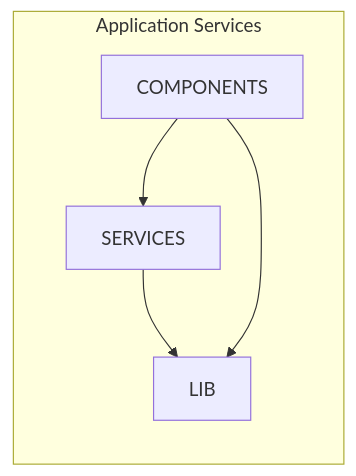
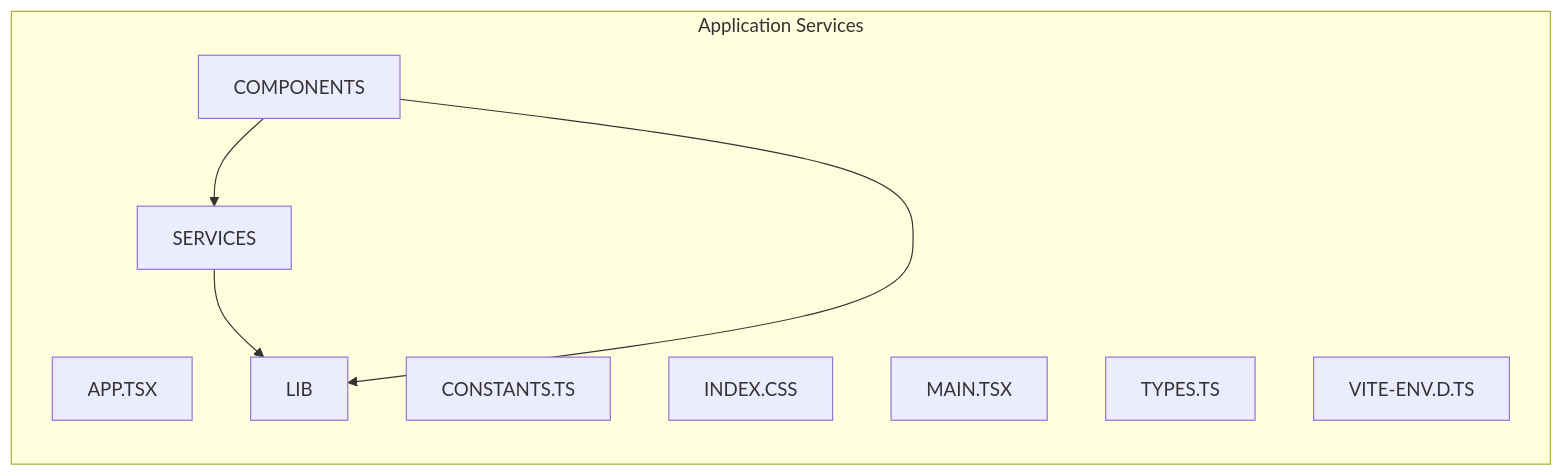
Before and after one commit to NITISH-R-G/Intelli-Credit-V2: the diagram in docs/architecture/SERVICE_MAP.md, drawn with Mermaid. The commit also changed 2 other files, not shown here.

Commit message:
docs(architecture): Update autonomous repository analysis and knowledge graph [skip ci]

````diff
--- a/docs/architecture/SERVICE_MAP.md
+++ b/docs/architecture/SERVICE_MAP.md
@@ -5,11 +5,17 @@
 ```mermaid
 graph LR;
   subgraph Application Services
+    App_tsx["APP.TSX"]
     components["COMPONENTS"]
+    constants_ts["CONSTANTS.TS"]
+    index_css["INDEX.CSS"]
     lib["LIB"]
+    main_tsx["MAIN.TSX"]
     services["SERVICES"]
+    types_ts["TYPES.TS"]
+    vite_env_d_ts["VITE-ENV.D.TS"]
     components --> services
     services --> lib
     components --> lib
   end
 ```
````
